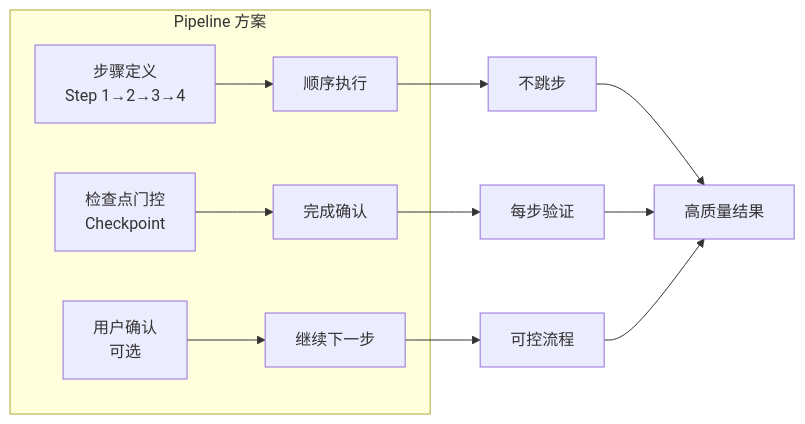
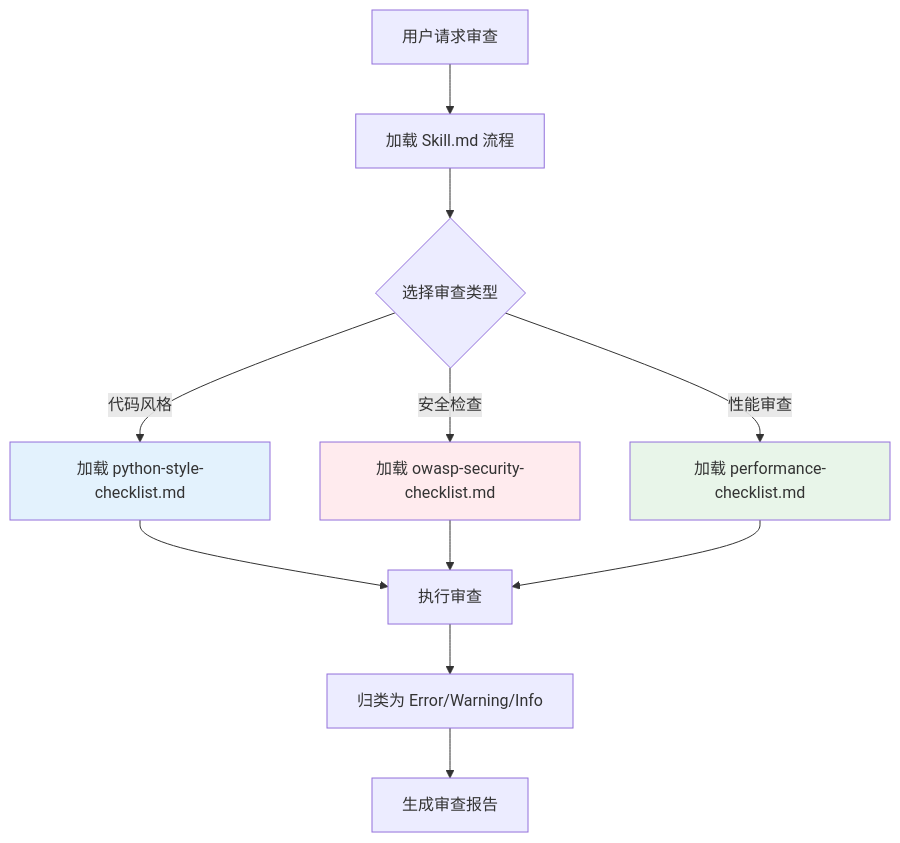
The third of 6 diagrams in Tech/AI/SKILL/Google 5 种设计模式核心知识体系.md (JackSmith111977/Knowledge-Base), drawn with Mermaid before and after one commit. The commit also changed other lines of this file and 10 other files, not shown here.

````diff
--- a/Tech/AI/SKILL/Google 5 种设计模式核心知识体系.md
+++ b/Tech/AI/SKILL/Google 5 种设计模式核心知识体系.md
@@ -670,14 +567,17 @@
 ```mermaid
-graph LR
-    subgraph "Pipeline 方案"
-        A[步骤定义<br/>Step 1→2→3→4] --> B[顺序执行]
-        C[检查点门控<br/>Checkpoint] --> D[完成确认]
-        E[用户确认<br/>可选] --> F[继续下一步]
-    end
+flowchart TD
+    A[用户请求审查] --> B[加载 Skill.md 流程]
+    B --> C{选择审查类型}
+    C -->|代码风格 | D[加载 python-style-checklist.md]
+    C -->|安全检查 | E[加载 owasp-security-checklist.md]
+    C -->|性能审查 | F[加载 performance-checklist.md]
+    D --> G[执行审查]
+    E --> G
+    F --> G
+    G --> H[归类为 Error/Warning/Info]
+    H --> I[生成审查报告]
     
-    B --> G[不跳步]
-    D --> H[每步验证]
-    F --> I[可控流程]
-    
-    G & H & I --> J[高质量结果]
+    style D fill:#e3f2fd
+    style E fill:#ffebee
+    style F fill:#e8f5e9
 ```
````
